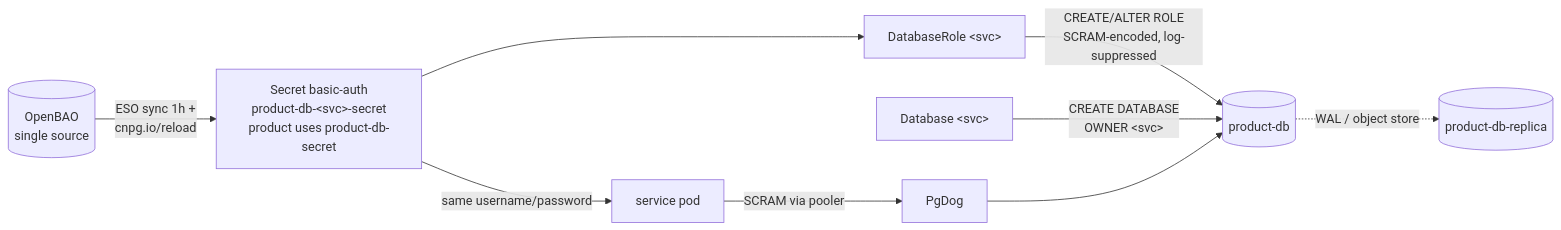
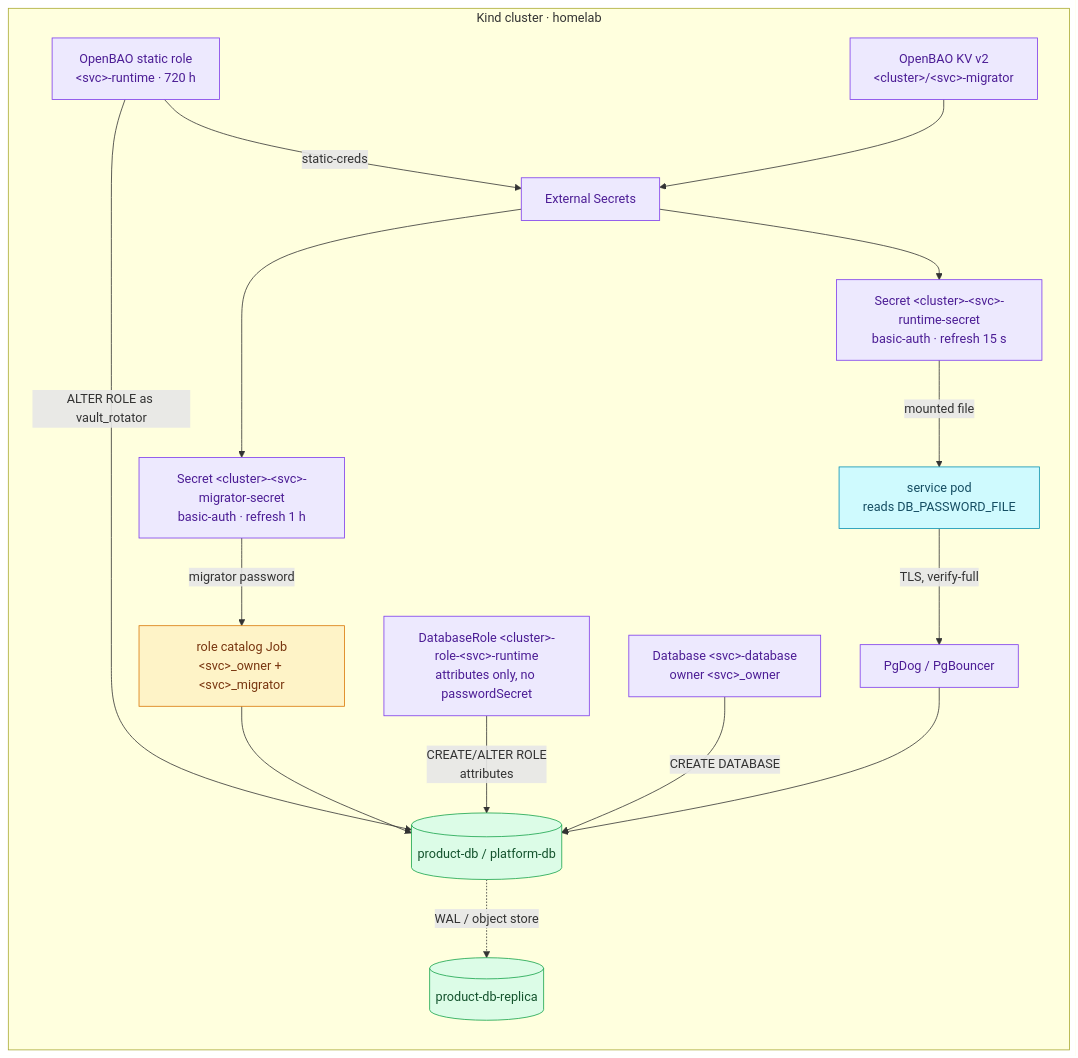
The diagram in docs/databases/declarative-role-management.md (duynhlab/homelab), drawn with Mermaid before and after one commit. The commit also changed other lines of this file and 92 other files, not shown here.

First line of the commit message:
Finalise ADR-089 and refresh database diagrams (#1337)

````diff
--- a/docs/databases/declarative-role-management.md
+++ b/docs/databases/declarative-role-management.md
@@ -57,11 +60,35 @@
 ```mermaid
 flowchart LR
-    OB[(OpenBAO<br/>single source)] -->|ESO sync 1h +<br/>cnpg.io/reload| S[Secret basic-auth<br/>product-db-&lt;svc&gt;-secret<br/>product uses product-db-secret]
-    S --> DR2[DatabaseRole &lt;svc&gt;]
-    DR2 -->|CREATE/ALTER ROLE<br/>SCRAM-encoded, log-suppressed| PG[(product-db)]
-    DB2[Database &lt;svc&gt;] -->|CREATE DATABASE<br/>OWNER &lt;svc&gt;| PG
-    S -->|same username/password| APP[service pod]
-    APP -->|SCRAM via pooler| PL[PgDog]
-    PL --> PG
-    PG -.->|WAL / object store| DRC[(product-db-replica)]
+    subgraph Kind["Kind cluster · homelab"]
+        SR["OpenBAO static role<br/>&lt;svc&gt;-runtime · 720 h"]:::platform
+        KV["OpenBAO KV v2<br/>&lt;cluster&gt;/&lt;svc&gt;-migrator"]:::platform
+        ESO["External Secrets"]:::platform
+        RS["Secret &lt;cluster&gt;-&lt;svc&gt;-runtime-secret<br/>basic-auth · refresh 15 s"]:::platform
+        MS["Secret &lt;cluster&gt;-&lt;svc&gt;-migrator-secret<br/>basic-auth · refresh 1 h"]:::platform
+        DR2["DatabaseRole &lt;cluster&gt;-role-&lt;svc&gt;-runtime<br/>attributes only, no passwordSecret"]:::platform
+        DB2["Database &lt;svc&gt;-database<br/>owner &lt;svc&gt;_owner"]:::platform
+        JOB["role catalog Job<br/>&lt;svc&gt;_owner + &lt;svc&gt;_migrator"]:::worker
+        APP["service pod<br/>reads DB_PASSWORD_FILE"]:::service
+        PL["PgDog / PgBouncer"]:::platform
+        PG[("product-db / platform-db")]:::data
+        DRC[("product-db-replica")]:::data
+    end
+
+    SR -->|"ALTER ROLE as vault_rotator"| PG
+    SR -->|"static-creds"| ESO
+    KV --> ESO
+    ESO --> RS
+    ESO --> MS
+    RS -->|"mounted file"| APP
+    MS -->|"migrator password"| JOB
+    JOB --> PG
+    DR2 -->|"CREATE/ALTER ROLE<br/>attributes"| PG
+    DB2 -->|"CREATE DATABASE"| PG
+    APP -->|"TLS, verify-full"| PL --> PG
+    PG -.->|"WAL / object store"| DRC
+
+    classDef service fill:#cffafe,color:#164e63,stroke:#0891b2;
+    classDef worker fill:#fef3c7,color:#78350f,stroke:#d97706;
+    classDef platform fill:#ede9fe,color:#4c1d95,stroke:#7c3aed;
+    classDef data fill:#dcfce7,color:#14532d,stroke:#16a34a;
 ```
````
